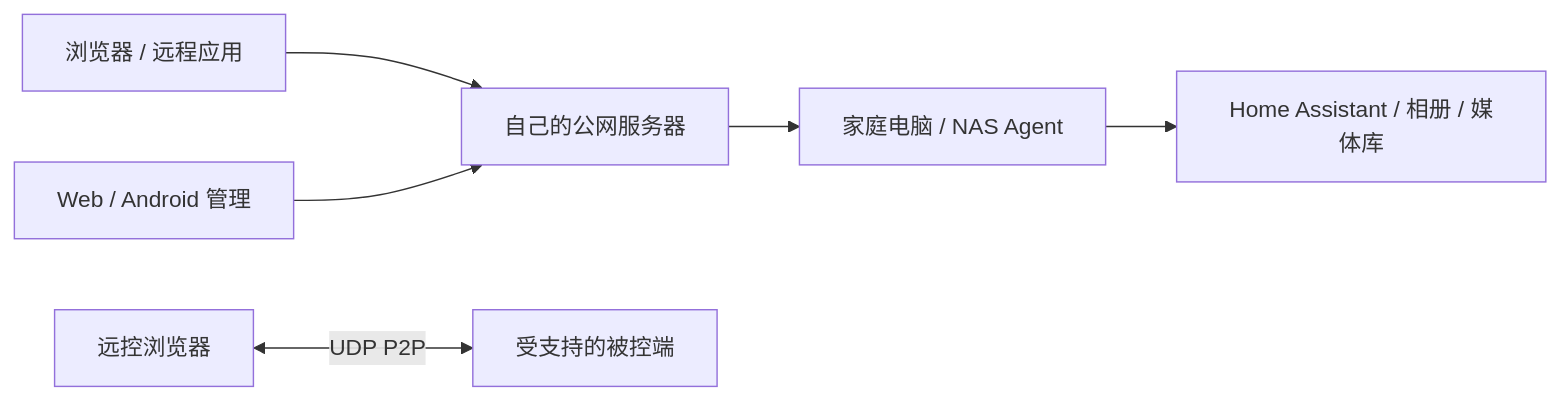
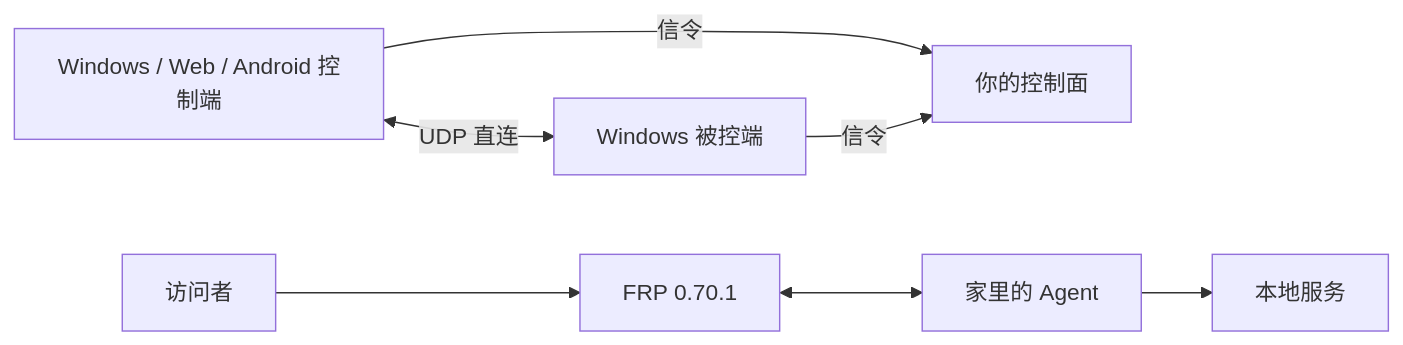
One commit to ZHanry/home-tunnel changed the diagram in README.md. Above: the diagram before and after it, drawn with Mermaid. The commit also changed other lines of this file and 62 other files, not shown here.

````diff
--- a/README.md
+++ b/README.md
@@ -58,8 +38,9 @@
 ```mermaid
 flowchart LR
-  Visitor[浏览器 / 远程应用] --> Edge[自己的公网服务器]
-  Edge --> Agent[家庭电脑 / NAS Agent]
-  Agent --> App[Home Assistant / 相册 / 媒体库]
-  Manager[Web / Android 管理] --> Edge
-  Controller[远控浏览器] <-->|UDP P2P| Host[受支持的被控端]
+  Controller[Windows / Web / Android 控制端] <-->|UDP 直连| Host[Windows 被控端]
+  Controller -->|信令| Control[你的控制面]
+  Host -->|信令| Control
+  Visitor[访问者] --> FRP[FRP 0.70.1]
+  FRP <--> Agent[家里的 Agent]
+  Agent --> App[本地服务]
 ```
````
